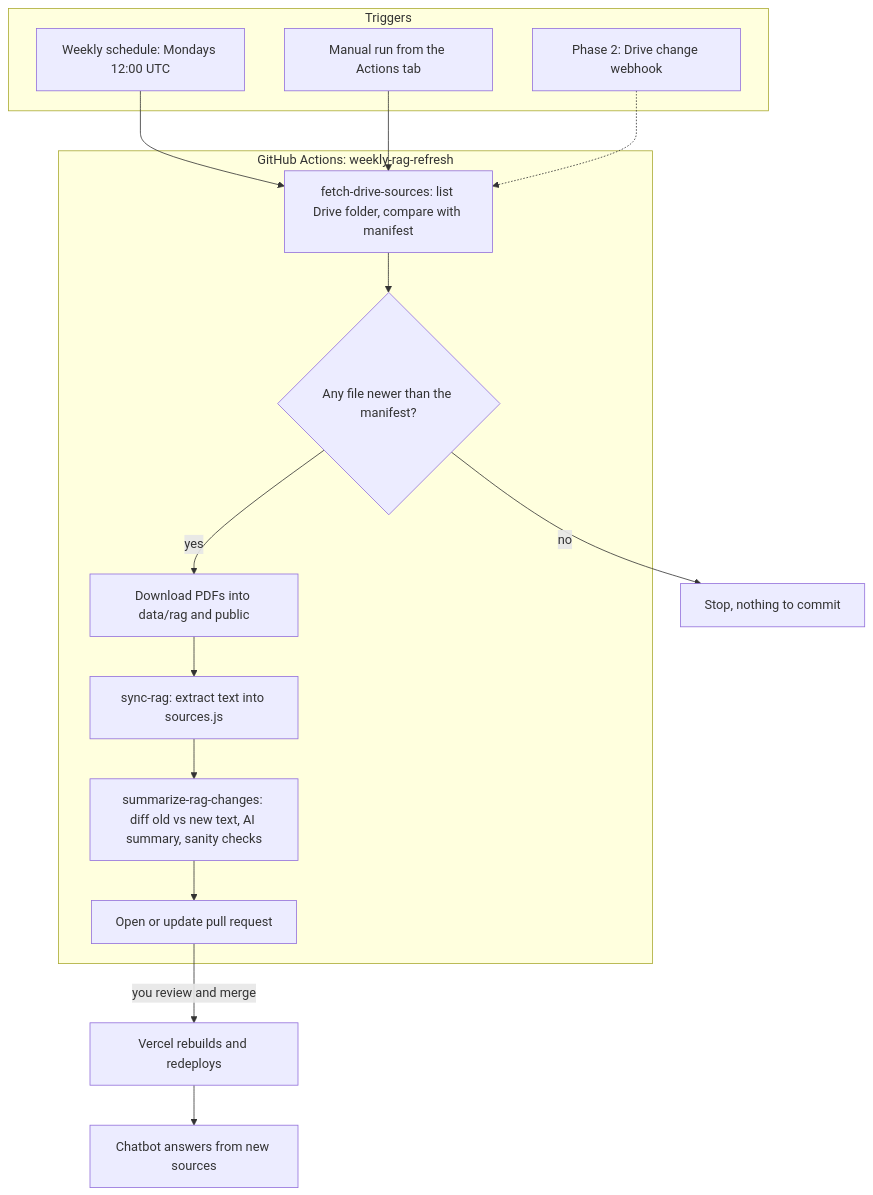
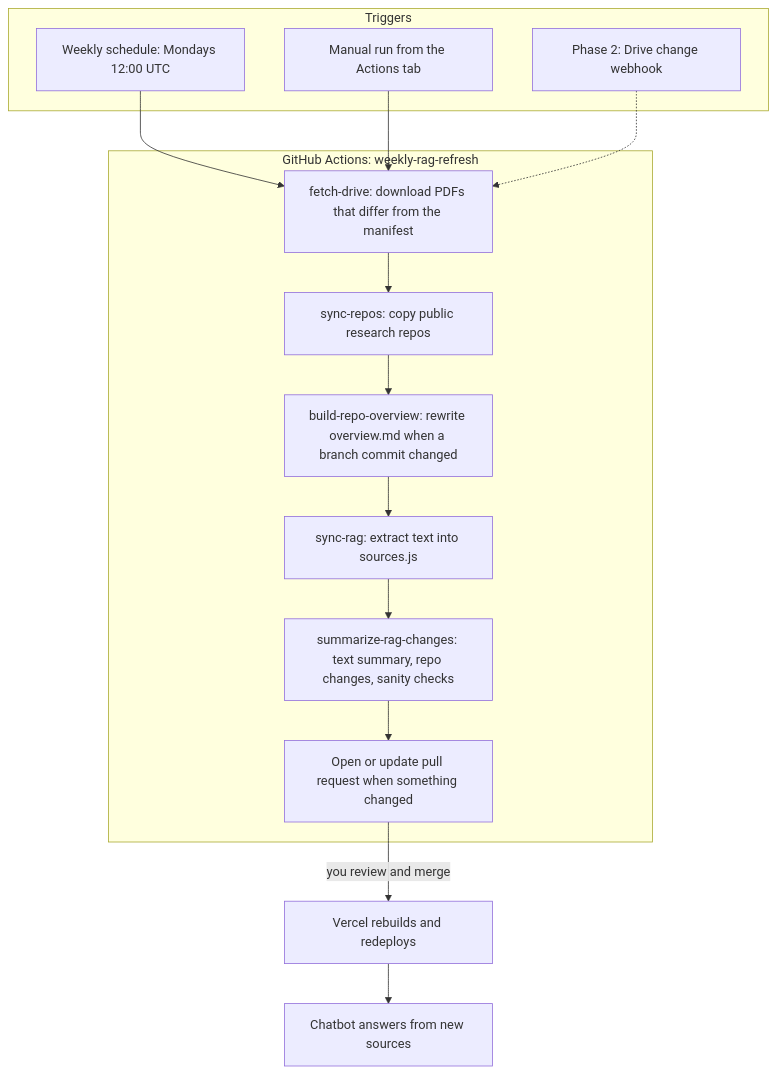
Before and after one commit to Saching16/saching16.github.io: the diagram in PLAN.md, drawn with Mermaid. The commit also changed other lines of this file and 11 other files, not shown here.

Commit message:
Include research-repo snapshots in the weekly chatbot source refresh.

````diff
--- a/PLAN.md
+++ b/PLAN.md
@@ -19,26 +19,24 @@
 ```mermaid
 flowchart TD
   subgraph Triggers
     A[Weekly schedule: Mondays 12:00 UTC]
     B[Manual run from the Actions tab]
     C[Phase 2: Drive change webhook]
   end
 
   subgraph Job[GitHub Actions: weekly-rag-refresh]
-    D[fetch-drive-sources: list Drive folder, compare with manifest]
-    E{Any file newer than the manifest?}
-    F[Download PDFs into data/rag and public]
+    D[fetch-drive: download PDFs that differ from the manifest]
+    R[sync-repos: copy public research repos]
+    O[build-repo-overview: rewrite overview.md when a branch commit changed]
     G[sync-rag: extract text into sources.js]
-    H[summarize-rag-changes: diff old vs new text, AI summary, sanity checks]
-    I[Open or update pull request]
+    H[summarize-rag-changes: text summary, repo changes, sanity checks]
+    I[Open or update pull request when something changed]
   end
 
   A --> D
   B --> D
   C -.-> D
-  D --> E
-  E -- no --> X[Stop, nothing to commit]
-  E -- yes --> F --> G --> H --> I
+  D --> R --> O --> G --> H --> I
   I -- you review and merge --> J[Vercel rebuilds and redeploys]
   J --> K[Chatbot answers from new sources]
 ```
````
